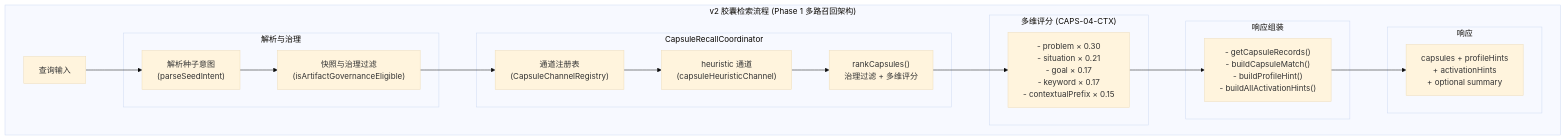
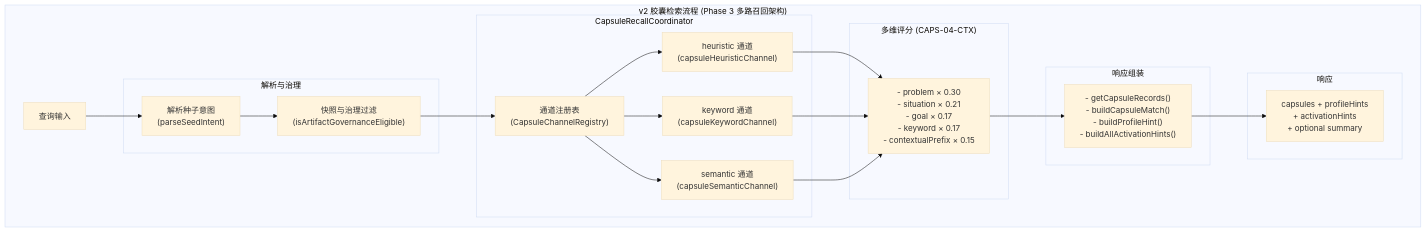
One commit to pofossette/TrapMap-for-vibing changed the seventh of 8 diagrams in docs/architecture/components/RETRIEVAL.md. Above: the diagram before and after it, drawn with Mermaid (base theme). The commit also changed other lines of this file and 18 other files, not shown here.

First line of the commit message:
feat: Phase 4 capsule merge/rerank with RRF fusion and intent-aware reranking

````diff
--- a/docs/architecture/components/RETRIEVAL.md
+++ b/docs/architecture/components/RETRIEVAL.md
@@ -260,31 +260,32 @@
 ```mermaid
 flowchart TB
-    subgraph 胶囊检索["v2 胶囊检索流程 (Phase 1 多路召回架构)"]
+    subgraph 胶囊检索["v2 胶囊检索流程 (Phase 3 多路召回架构)"]
         A["查询输入"]
         
         subgraph 解析["解析与治理"]
             B1["解析种子意图<br/>(parseSeedIntent)"]
             B2["快照与治理过滤<br/>(isArtifactGovernanceEligible)"]
         end
 
         subgraph 召回["CapsuleRecallCoordinator"]
             C1["通道注册表<br/>(CapsuleChannelRegistry)"]
             C2["heuristic 通道<br/>(capsuleHeuristicChannel)"]
-            C3["rankCapsules()<br/>治理过滤 + 多维评分"]
+            C3["keyword 通道<br/>(capsuleKeywordChannel)"]
+            C4["semantic 通道<br/>(capsuleSemanticChannel)"]
         end
 
         subgraph 评分["多维评分 (CAPS-04-CTX)"]
             D["- problem × 0.30<br/>- situation × 0.21<br/>- goal × 0.17<br/>- keyword × 0.17<br/>- contextualPrefix × 0.15"]
         end
 
         subgraph 组装["响应组装"]
             E["- getCapsuleRecords()<br/>- buildCapsuleMatch()<br/>- buildProfileHint()<br/>- buildAllActivationHints()"]
         end
 
         subgraph 响应["响应"]
             F["capsules + profileHints<br/>+ activationHints<br/>+ optional summary"]
         end
 
-        A --> B1 --> B2 --> C1 --> C2 --> C3 --> D --> E --> F
+        A --> B1 --> B2 --> C1 --> C2 & C3 & C4 --> D --> E --> F
     end
 ```
````
